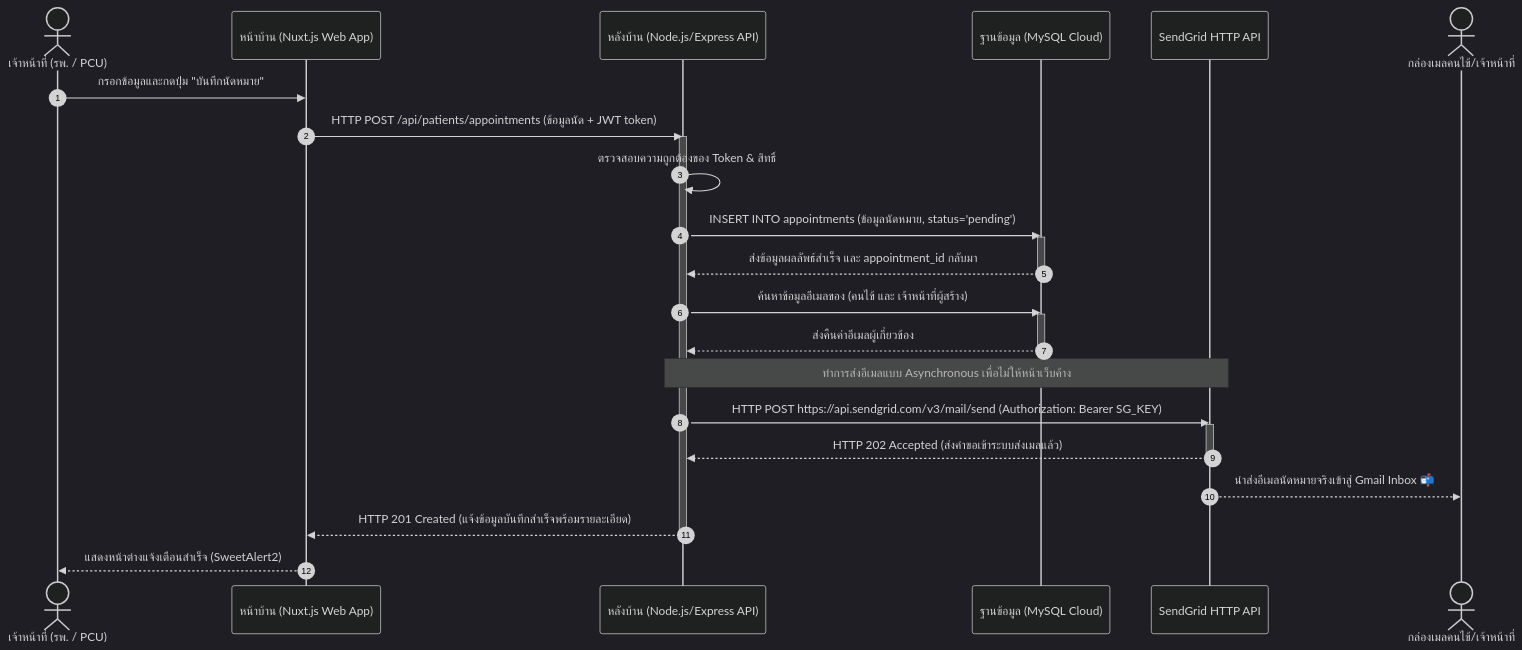
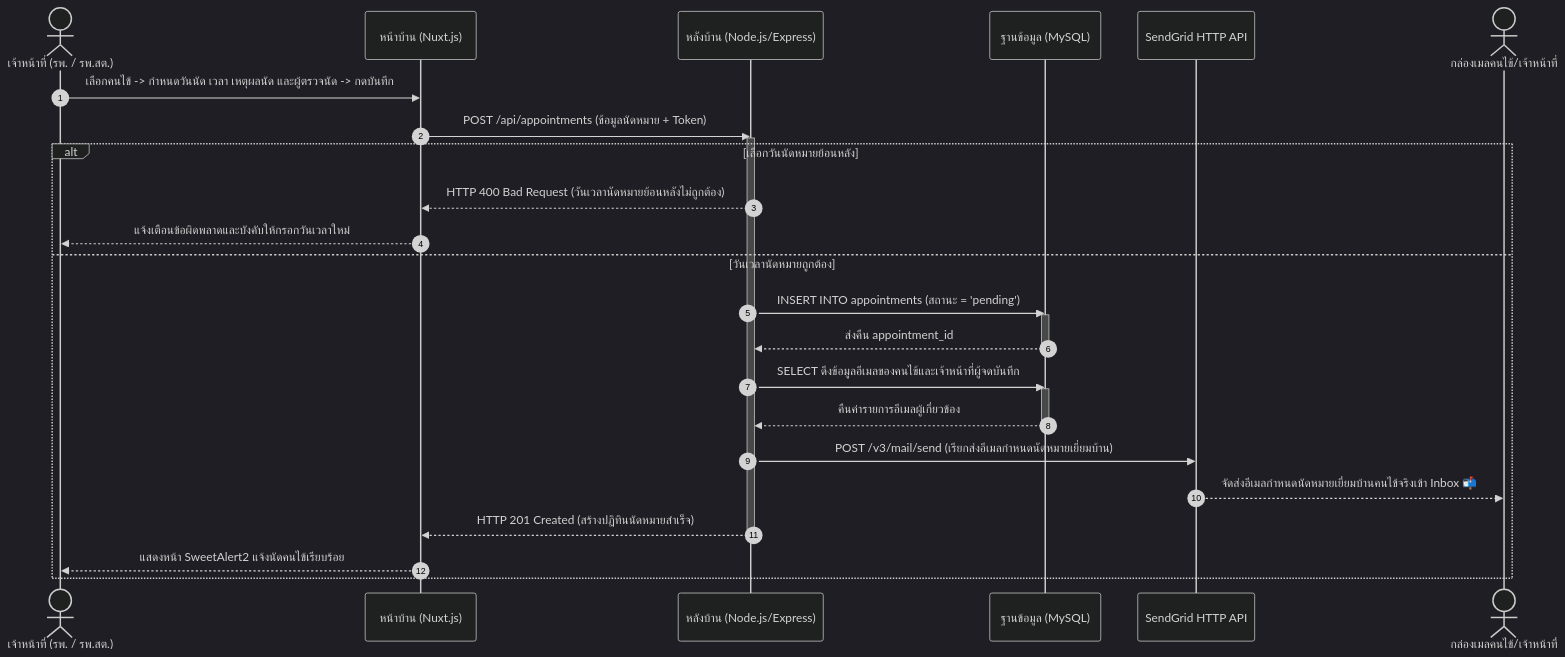
The sixth of 8 diagrams in senior_project_documentation.md (ZeMon1954/Patient_tracking_system), drawn with Mermaid (dark theme) before and after one commit. The commit also changed other lines of this file and 1 other file, not shown here.

Commit message:
fix(tracking): restrict PCU staff to only see accepted referrals and update data dictionary

````diff
--- a/senior_project_documentation.md
+++ b/senior_project_documentation.md
@@ -160,37 +354,32 @@
 ```mermaid
 sequenceDiagram
     autonumber
-    actor Staff as เจ้าหน้าที่ (รพ. / PCU)
-    participant FE as หน้าบ้าน (Nuxt.js Web App)
-    participant BE as หลังบ้าน (Node.js/Express API)
-    participant DB as ฐานข้อมูล (MySQL Cloud)
+    actor Staff as เจ้าหน้าที่ (รพ. / รพ.สต.)
+    participant FE as หน้าบ้าน (Nuxt.js)
+    participant BE as หลังบ้าน (Node.js/Express)
+    participant DB as ฐานข้อมูล (MySQL)
     participant SG as SendGrid HTTP API
     actor Patient as กล่องเมลคนไข้/เจ้าหน้าที่
 
-    Staff ->> FE: กรอกข้อมูลและกดปุ่ม "บันทึกนัดหมาย"
-    FE ->> BE: HTTP POST /api/patients/appointments (ข้อมูลนัด + JWT token)
+    Staff->>FE: เลือกคนไข้ -> กำหนดวันนัด เวลา เหตุผลนัด และผู้ตรวจนัด -> กดบันทึก
+    FE->>BE: POST /api/appointments (ข้อมูลนัดหมาย + Token)
     activate BE
-    BE ->> BE: ตรวจสอบความถูกต้องของ Token & สิทธิ์
-    
-    BE ->> DB: INSERT INTO appointments (ข้อมูลนัดหมาย, status='pending')
-    activate DB
-    DB -->> BE: ส่งข้อมูลผลลัพธ์สำเร็จ และ appointment_id กลับมา
-    deactivate DB
-    
-    BE ->> DB: ค้นหาข้อมูลอีเมลของ (คนไข้ และ เจ้าหน้าที่ผู้สร้าง)
-    activate DB
-    DB -->> BE: ส่งคืนค่าอีเมลผู้เกี่ยวข้อง
-    deactivate DB
-
-    Note over BE, SG: ทำการส่งอีเมลแบบ Asynchronous เพื่อไม่ให้หน้าเว็บค้าง
-    BE ->> SG: HTTP POST https://api.sendgrid.com/v3/mail/send (Authorization: Bearer SG_KEY)
-    activate SG
-    SG -->> BE: HTTP 202 Accepted (ส่งคำขอเข้าระบบส่งเมลแล้ว)
-    deactivate SG
-    
-    SG -->> Patient: นำส่งอีเมลนัดหมายจริงเข้าสู่ Gmail Inbox 📬
-    
-    BE -->> FE: HTTP 201 Created (แจ้งข้อมูลบันทึกสำเร็จพร้อมรายละเอียด)
-    deactivate BE
-    FE -->> Staff: แสดงหน้าต่างแจ้งเตือนสำเร็จ (SweetAlert2)
+    alt เลือกวันนัดหมายย้อนหลัง
+        BE-->>FE: HTTP 400 Bad Request (วันเวลานัดหมายย้อนหลังไม่ถูกต้อง)
+        FE-->>Staff: แจ้งเตือนข้อผิดพลาดและบังคับให้กรอกวันเวลาใหม่
+    else วันเวลานัดหมายถูกต้อง
+        BE->>DB: INSERT INTO appointments (สถานะ = 'pending')
+        activate DB
+        DB-->>BE: ส่งคืน appointment_id
+        deactivate DB
+        BE->>DB: SELECT ดึงข้อมูลอีเมลของคนไข้และเจ้าหน้าที่ผู้จดบันทึก
+        activate DB
+        DB-->>BE: คืนค่ารายการอีเมลผู้เกี่ยวข้อง
+        deactivate DB
+        BE->>SG: POST /v3/mail/send (เรียกส่งอีเมลกำหนดนัดหมายเยี่ยมบ้าน)
+        SG-->>Patient: จัดส่งอีเมลกำหนดนัดหมายเยี่ยมบ้านคนไข้จริงเข้า Inbox 📬
+        BE-->>FE: HTTP 201 Created (สร้างปฏิทินนัดหมายสำเร็จ)
+        deactivate BE
+        FE-->>Staff: แสดงหน้า SweetAlert2 แจ้งนัดคนไข้เรียบร้อย
+    end
 ```
````
